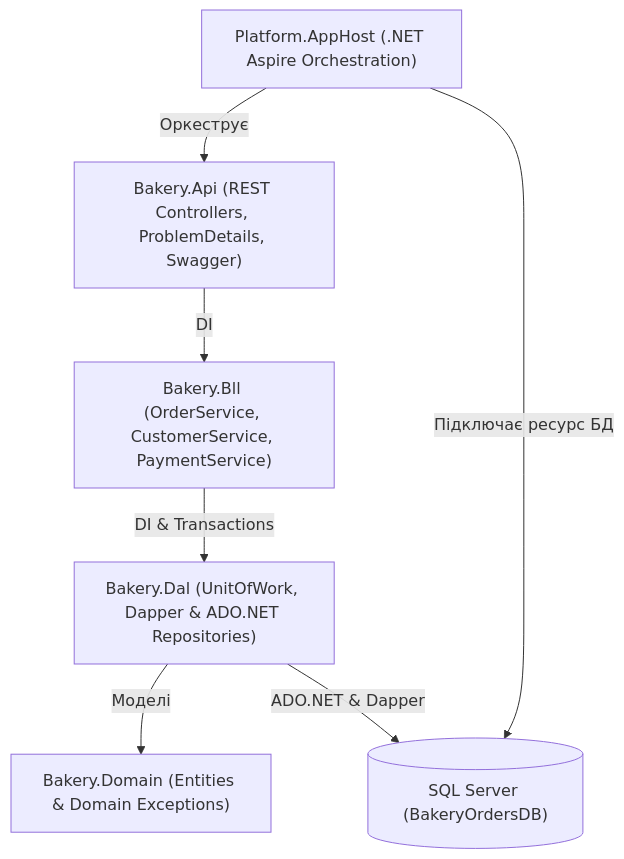
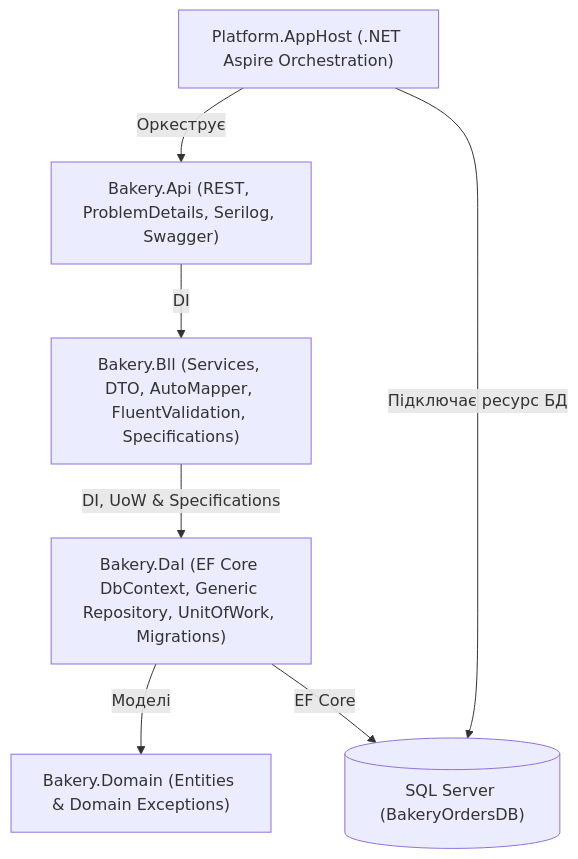
One commit to kazikSUPER/dotnet-web-engineering changed the third of 3 diagrams in README.md. Above: the diagram before and after it, drawn with Mermaid. The commit also changed other lines of this file, not shown here.

Commit message:
docs: update architecture and data access description for EF Core

````diff
--- a/README.md
+++ b/README.md
@@ -236,16 +315,16 @@
 ```mermaid
 graph TD
     AppHost["Platform.AppHost (.NET Aspire Orchestration)"]
-    API["Bakery.Api (REST Controllers, ProblemDetails, Swagger)"]
-    BLL["Bakery.Bll (OrderService, CustomerService, PaymentService)"]
-    DAL["Bakery.Dal (UnitOfWork, Dapper & ADO.NET Repositories)"]
+    API["Bakery.Api (REST, ProblemDetails, Serilog, Swagger)"]
+    BLL["Bakery.Bll (Services, DTO, AutoMapper, FluentValidation, Specifications)"]
+    DAL["Bakery.Dal (EF Core DbContext, Generic Repository, UnitOfWork, Migrations)"]
     Domain["Bakery.Domain (Entities & Domain Exceptions)"]
     DB[("SQL Server (BakeryOrdersDB)")]
 
     AppHost -->|Оркеструє| API
     AppHost -->|Підключає ресурс БД| DB
     API -->|DI| BLL
-    BLL -->|DI & Transactions| DAL
+    BLL -->|DI, UoW & Specifications| DAL
     DAL -->|Моделі| Domain
-    DAL -->|ADO.NET & Dapper| DB
+    DAL -->|EF Core| DB
 ```
````
